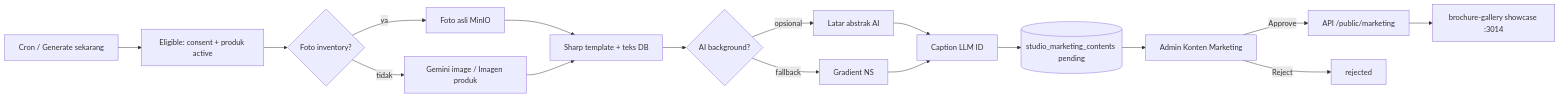
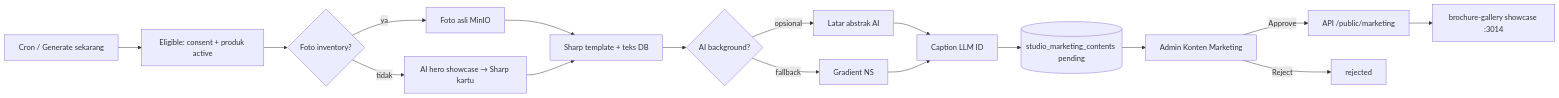
The diagram in diagrams/aistudio/studio/system/L5-konten-marketing.mmd (nusantarasoft/juragan-aibuilder-cup), drawn with Mermaid before and after one commit. The commit also changed 7 other files, not shown here.

First line of the commit message:
feat(studio): showcase hero AI prompt and marketing batch rotation

```diff
--- a/diagrams/aistudio/studio/system/L5-konten-marketing.mmd
+++ b/diagrams/aistudio/studio/system/L5-konten-marketing.mmd
@@ -1,17 +1,17 @@
 flowchart LR
   A[Cron / Generate sekarang] --> B[Eligible: consent + produk active]
   B --> C{Foto inventory?}
   C -->|ya| D[Foto asli MinIO]
-  C -->|tidak| E[Gemini image / Imagen produk]
+  C -->|tidak| E[AI hero showcase → Sharp kartu]
   D --> F[Sharp template + teks DB]
   E --> F
   F --> G{AI background?}
   G -->|opsional| H[Latar abstrak AI]
   G -->|fallback| I[Gradient NS]
   H --> J[Caption LLM ID]
   I --> J
   J --> K[(studio_marketing_contents pending)]
   K --> L[Admin Konten Marketing]
   L -->|Approve| M[API /public/marketing]
   M --> S[brochure-gallery showcase :3014]
   L -->|Reject| N[rejected]
```
